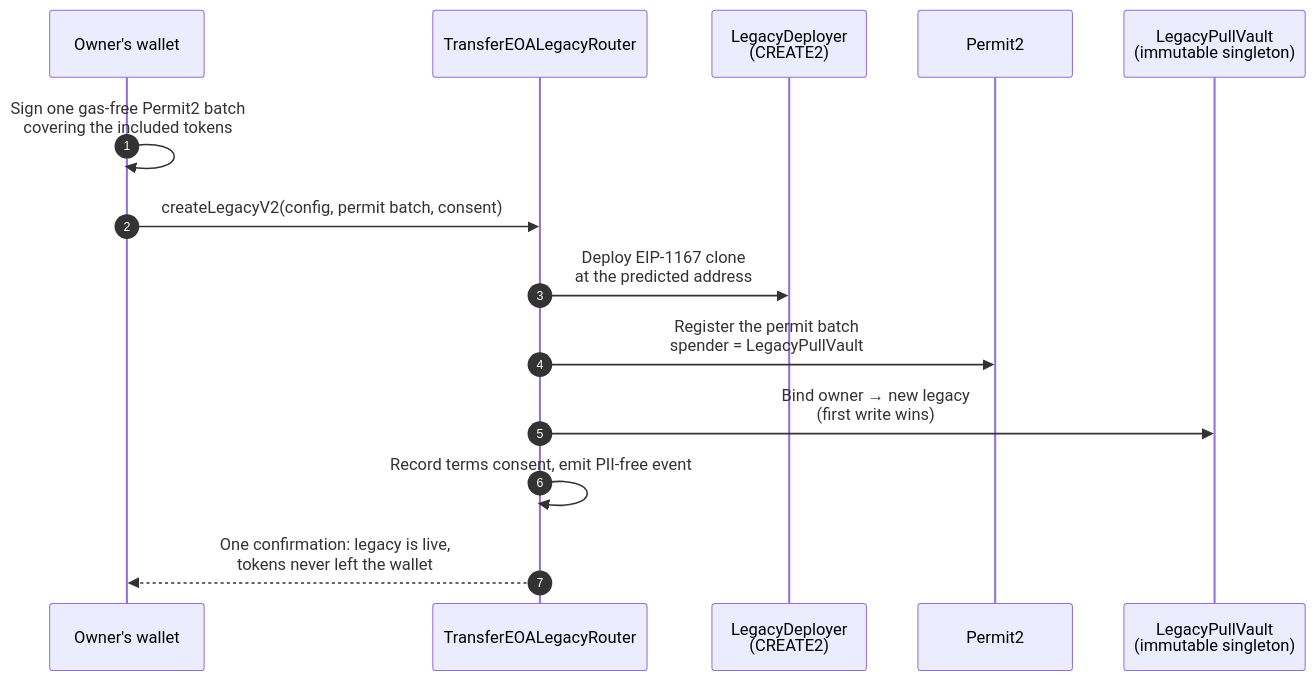
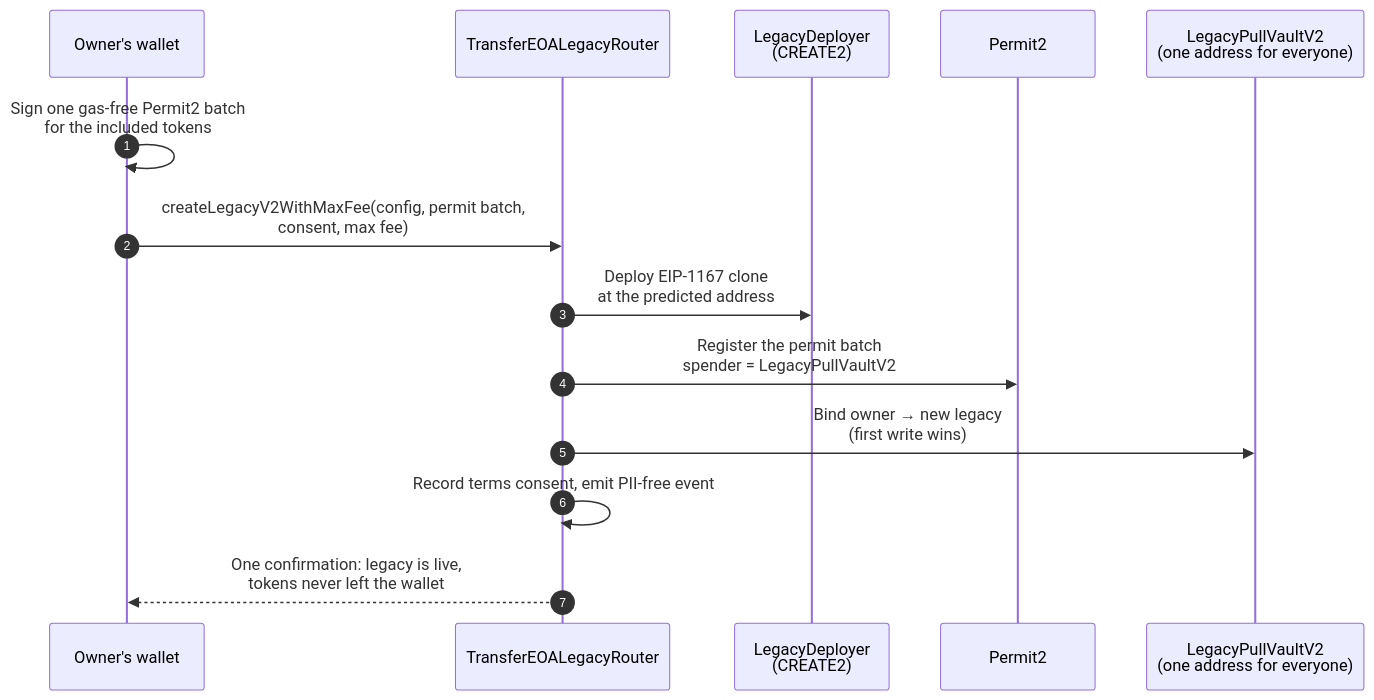
The diagram in architecture/create-flow-v2.md (10102-io/computing-docs), drawn with Mermaid before and after one commit. The commit also changed other lines of this file and 48 other files, not shown here.

````diff
--- a/architecture/create-flow-v2.md
+++ b/architecture/create-flow-v2.md
@@ -24,16 +24,16 @@
 ```mermaid
 sequenceDiagram
     autonumber
     participant O as Owner's wallet
     participant R as TransferEOALegacyRouter
     participant D as LegacyDeployer<br/>(CREATE2)
     participant P as Permit2
-    participant V as LegacyPullVault<br/>(immutable singleton)
-    O->>O: Sign one gas-free Permit2 batch<br/>covering the included tokens
-    O->>R: createLegacyV2(config, permit batch, consent)
+    participant V as LegacyPullVaultV2<br/>(one address for everyone)
+    O->>O: Sign one gas-free Permit2 batch<br/>for the included tokens
+    O->>R: createLegacyV2WithMaxFee(config, permit batch,<br/>consent, max fee)
     R->>D: Deploy EIP-1167 clone<br/>at the predicted address
-    R->>P: Register the permit batch<br/>spender = LegacyPullVault
+    R->>P: Register the permit batch<br/>spender = LegacyPullVaultV2
     R->>V: Bind owner → new legacy<br/>(first write wins)
     R->>R: Record terms consent, emit PII-free event
     R-->>O: One confirmation: legacy is live,<br/>tokens never left the wallet
 ```
````
